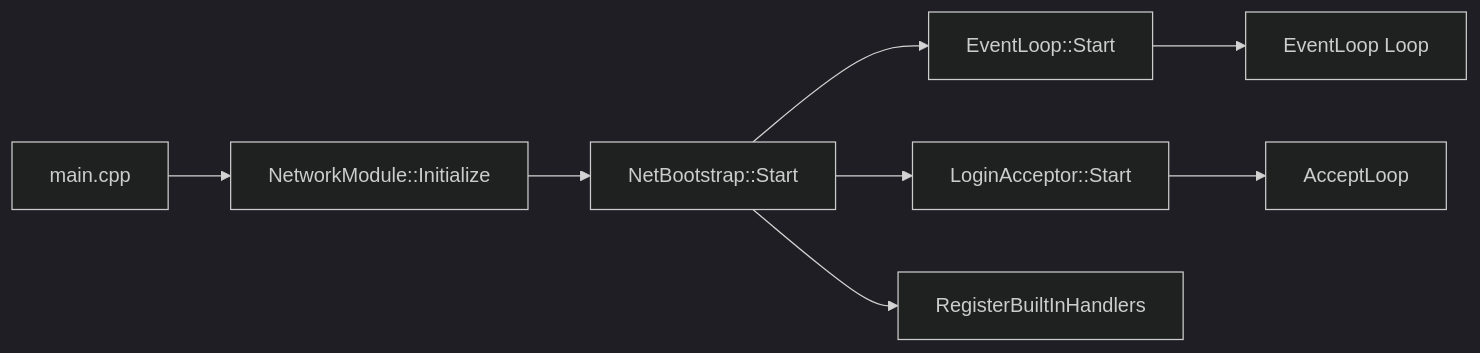
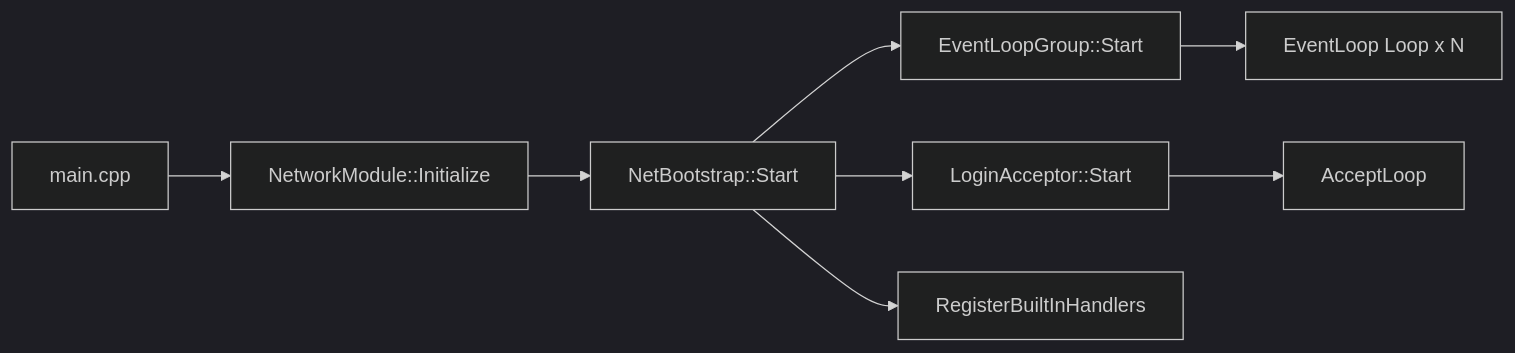
Before and after one commit to BosSCaoMa/WebGame: the first of 3 diagrams in 网络模块.md, drawn with Mermaid (dark theme). The commit also changed other lines of this file and 9 other files, not shown here.

````diff
--- a/网络模块.md
+++ b/网络模块.md
@@ -312,10 +312,10 @@
 ```mermaid
 flowchart LR
      main[main.cpp] --> NM[NetworkModule::Initialize]
      NM --> NBStart[NetBootstrap::Start]
-     NBStart --> EL[EventLoop::Start]
+  NBStart --> ELG[EventLoopGroup::Start]
      NBStart --> LA[LoginAcceptor::Start]
      NBStart --> PD[RegisterBuiltInHandlers]
-     EL --> running[EventLoop Loop]
+  ELG --> running[EventLoop Loop x N]
      LA --> accept[AcceptLoop]
 ```
````
